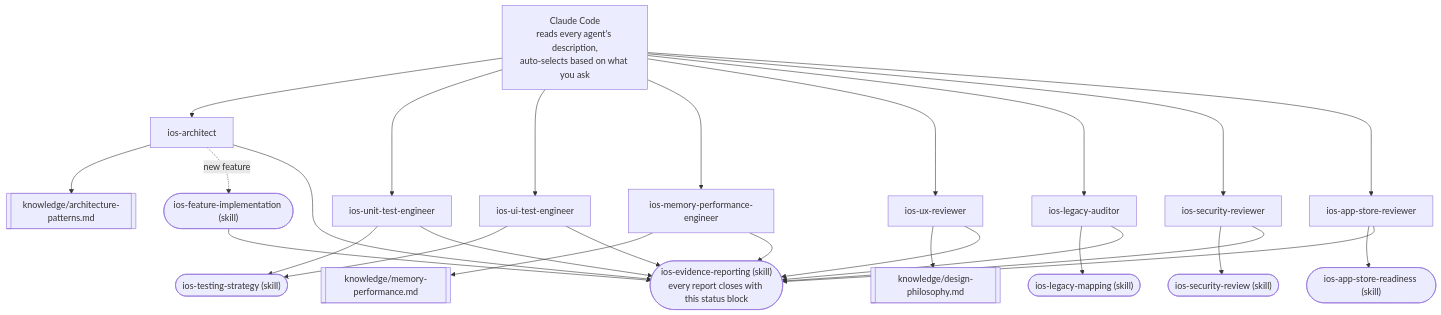
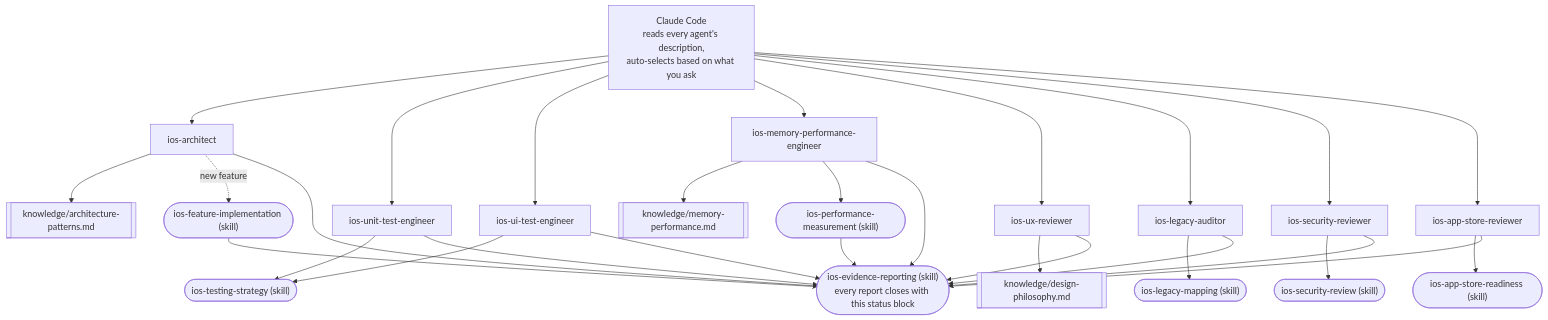
One commit to apexbymanish/claude-ai-agents-ios changed the diagram in README.md. Above: the diagram before and after it, drawn with Mermaid. The commit also changed other lines of this file and 2 other files, not shown here.

First line of the commit message:
Add ios-performance-measurement skill for evidence-backed perf claims

````diff
--- a/README.md
+++ b/README.md
@@ -92,37 +93,39 @@
 ```mermaid
 graph TD
     CC["Claude Code<br/>reads every agent's description,<br/>auto-selects based on what you ask"]
 
     CC --> ARCH[ios-architect]
     CC --> UNIT[ios-unit-test-engineer]
     CC --> UITEST[ios-ui-test-engineer]
     CC --> MEM[ios-memory-performance-engineer]
     CC --> UX[ios-ux-reviewer]
     CC --> LEGACY[ios-legacy-auditor]
     CC --> SEC[ios-security-reviewer]
     CC --> STORE[ios-app-store-reviewer]
 
     ARCH --> KARCH[["knowledge/architecture-patterns.md"]]
     ARCH -. new feature .-> FEAT(["ios-feature-implementation (skill)"])
 
     UNIT --> TESTSKILL(["ios-testing-strategy (skill)"])
     UITEST --> TESTSKILL
 
     MEM --> KMEM[["knowledge/memory-performance.md"]]
+    MEM --> MEASURE(["ios-performance-measurement (skill)"])
     UX --> KUX[["knowledge/design-philosophy.md"]]
     LEGACY --> LEGSKILL(["ios-legacy-mapping (skill)"])
     SEC --> SECSKILL(["ios-security-review (skill)"])
     STORE --> STORESKILL(["ios-app-store-readiness (skill)"])
 
     ARCH --> EVID
     UNIT --> EVID
     UITEST --> EVID
     MEM --> EVID
     UX --> EVID
     LEGACY --> EVID
     SEC --> EVID
     STORE --> EVID
     FEAT --> EVID
+    MEASURE --> EVID
 
     EVID(["ios-evidence-reporting (skill)<br/>every report closes with this status block"])
 ```
````
